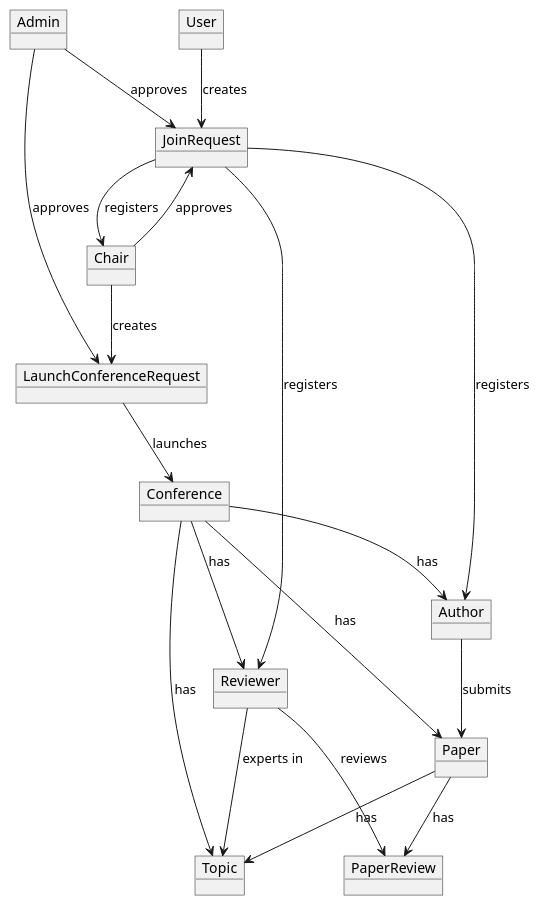
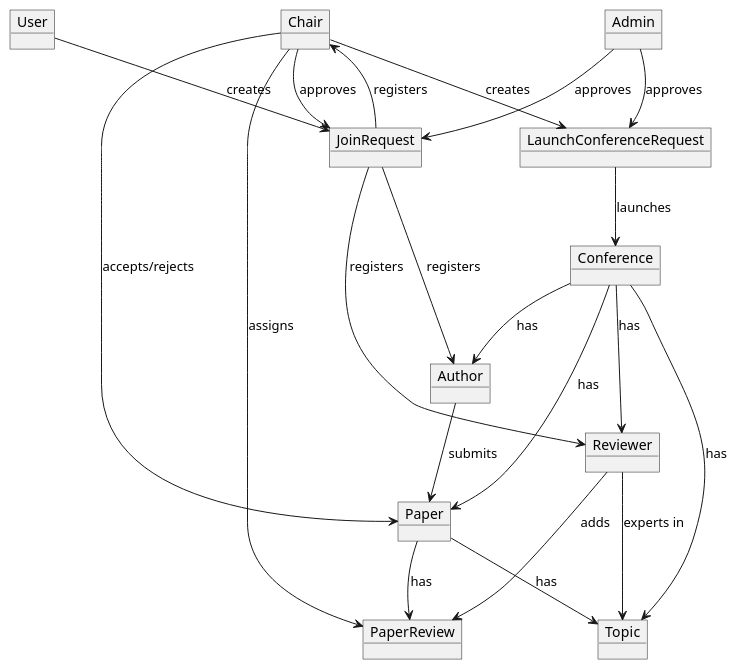
Before and after one commit to clyneshi/CMS: the diagram in dotnet-5/Database/ERD-Conceptual.wsd, drawn with PlantUML. The commit also changed 1 other file, not shown here.

Commit message:
add Logcial ER diagram

```diff
--- a/dotnet-5/Database/ERD-Conceptual.wsd
+++ b/dotnet-5/Database/ERD-Conceptual.wsd
@@ -1,39 +1,41 @@
 @startuml CMS Conceptual
 
 object LaunchConferenceRequest
 object Conference
 object Reviewer
 
 object User
 object Admin
 object Chair
 object Author
 object JoinRequest
 
 object Topic
 
 object Paper
 object PaperReview
 
 Chair --> LaunchConferenceRequest : "creates"
 Admin --> LaunchConferenceRequest : "approves"
 LaunchConferenceRequest --> Conference : "launches"
 Conference --> Reviewer : "has"
 Conference --> Author : "has"
 Author --> Paper : "submits"
 Conference --> Paper : "has"
 Paper --> PaperReview : "has"
-Reviewer --> PaperReview : "reviews"
+Reviewer --> PaperReview : "adds"
+Chair --> PaperReview : "assigns"
+Chair --> Paper : "accepts/rejects"
 
 Conference --> Topic : "has"
 Paper --> Topic : "has"
 Reviewer --> Topic : "experts in"
 
 User --> JoinRequest : "creates"
 JoinRequest --> Chair : "registers"
 Chair --> JoinRequest : "approves"
 Admin --> JoinRequest : "approves"
 JoinRequest --> Author : "registers"
 JoinRequest --> Reviewer: "registers"
 
 @enduml
```
